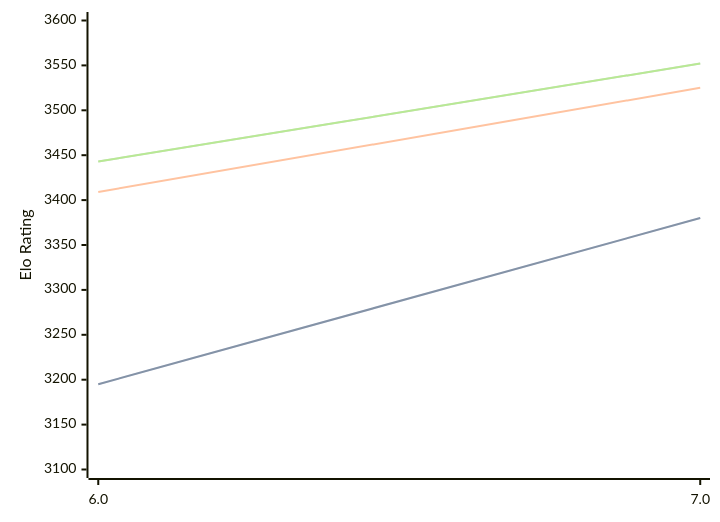
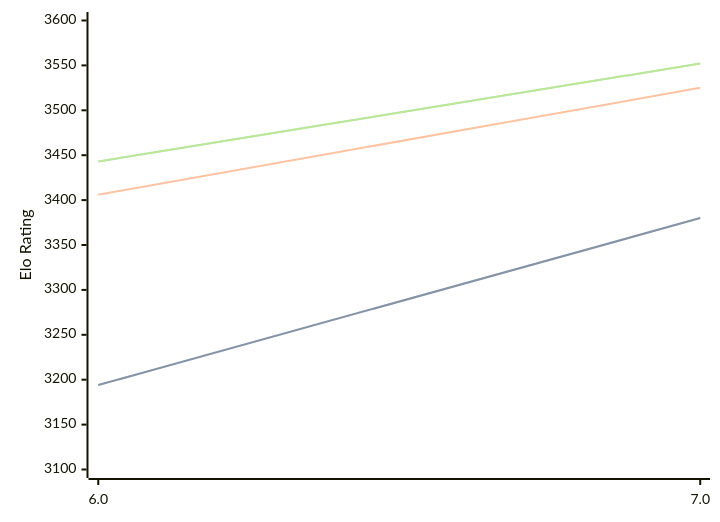
The diagram in engines/Devre.md (computer-chess-index/cci), drawn with Mermaid before and after one commit. The commit also changed other lines of this file, not shown here.

````diff
--- a/engines/Devre.md
+++ b/engines/Devre.md
@@ -32,11 +32,11 @@
 ```mermaid
 %%{init: {"theme":"base","themeVariables":{"seriesColors:['#a3a3a3','#222221','#faa371']}}}%%
 xychart-beta
   x-axis ["6.0", "7.0"]
   y-axis "Elo Rating" 3100 --> 3600
-  line "" [3195, 3380]
-  line "STC (8.0+0.08s)" [3195, 3380]
-  line "LTC (60.0+0.60s)" [3409, 3525]
+  line "" [3194, 3380]
+  line "STC (8.0+0.08s)" [3194, 3380]
+  line "LTC (60.0+0.60s)" [3406, 3525]
   line "" [3443, 3552]
   line "VLTC (2m24s+1.12s)" [3443, 3552]
 ```
````
